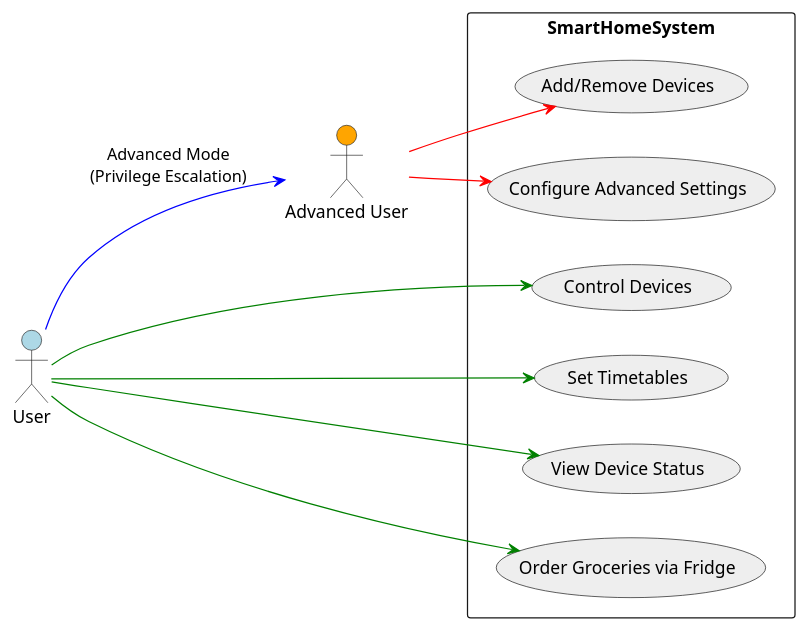
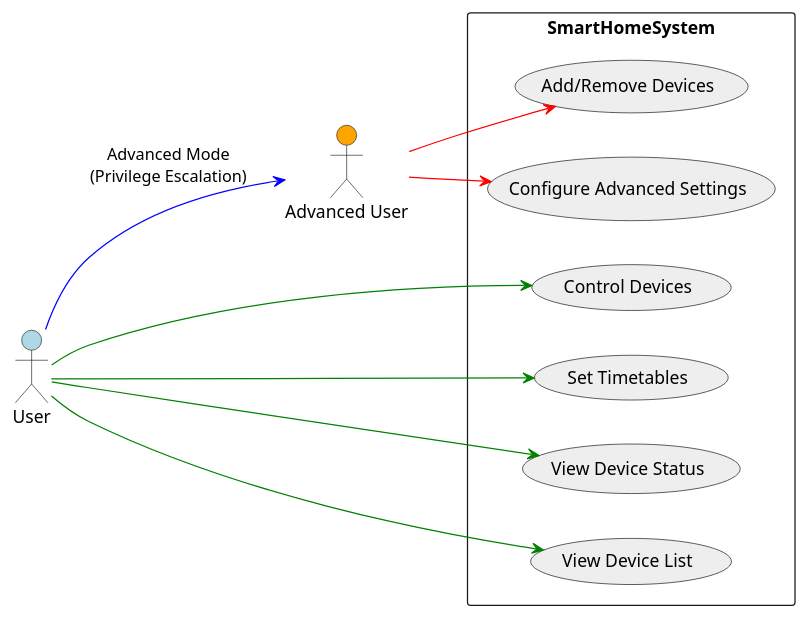
The diagram in Docs/useCaseDiagram.puml (anuszek/Project_OOP_SmartHome), drawn with PlantUML before and after one commit.

```diff
--- a/Docs/useCaseDiagram.puml
+++ b/Docs/useCaseDiagram.puml
@@ -1,29 +1,29 @@
 @startuml
 skinparam actorStyle stickman
 skinparam usecaseBackgroundColor #EEE
 skinparam usecaseBorderColor #000
 skinparam usecaseFontSize 14
 
 left to right direction
 
 actor "User" as User #lightblue
 actor "Advanced User" as Adm #orange
 
 rectangle SmartHomeSystem {
     usecase "Control Devices" as UC1
     usecase "Set Timetables" as UC2
     usecase "View Device Status" as UC3
-    usecase "Order Groceries via Fridge" as UC4
+    usecase "View Device List" as UC4
     usecase "Add/Remove Devices" as UC5
     usecase "Configure Advanced Settings" as UC6
 }
 
 User --> UC1 #green
 User --> UC2 #green
 User --> UC3 #green
 User --> UC4 #green
 
 Adm --> UC5 #red
 Adm --> UC6 #red
 User --> Adm #blue :Advanced Mode\n(Privilege Escalation)
 @enduml
```
